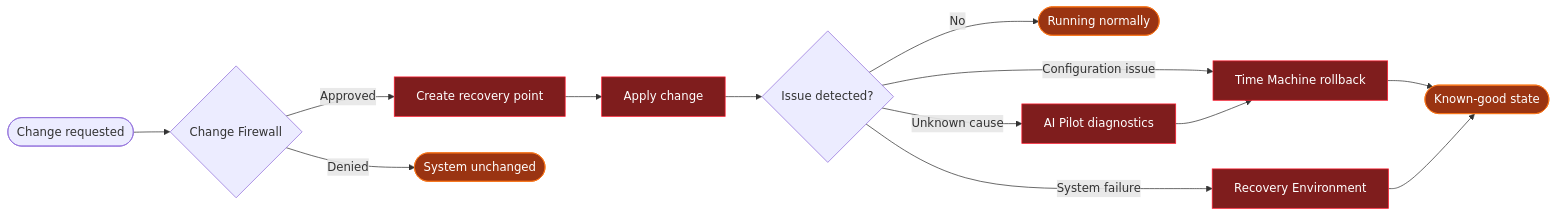
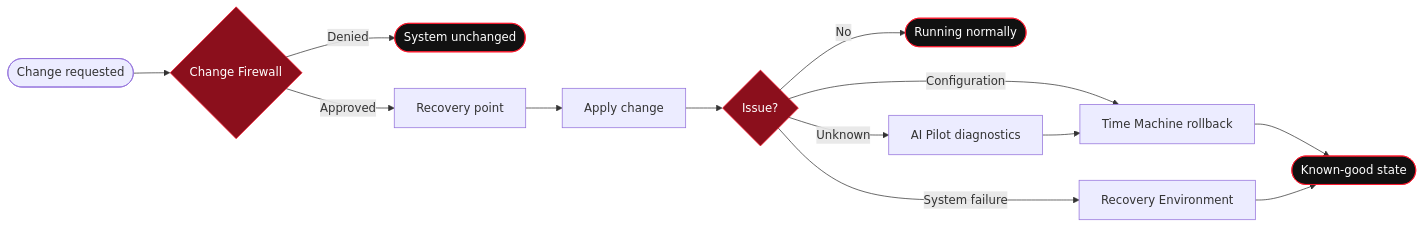
The diagram in README.md (HeldoOS/Heldo-Linux-OS), drawn with Mermaid before and after one commit. The commit also changed other lines of this file, not shown here.

````diff
--- a/README.md
+++ b/README.md
@@ -101,20 +77,17 @@
 ```mermaid
 flowchart LR
     A([Change requested]) --> B{Change Firewall}
-    B -- Approved --> C[Create recovery point]
     B -- Denied --> D([System unchanged])
-    C --> E[Apply change]
-    E --> F{Issue detected?}
+    B -- Approved --> C[Recovery point] --> E[Apply change] --> F{Issue?}
     F -- No --> G([Running normally])
-    F -- Configuration issue --> H[Time Machine rollback]
+    F -- Configuration --> H[Time Machine rollback]
     F -- System failure --> I[Recovery Environment]
-    F -- Unknown cause --> J[AI Pilot diagnostics]
-    J --> H
+    F -- Unknown --> J[AI Pilot diagnostics] --> H
     H --> K([Known-good state])
     I --> K
 
-    classDef ok fill:#9a3412,stroke:#f97316,color:#fff
-    classDef step fill:#7f1d1d,stroke:#ff1a2e,color:#fff
-    class G,K,D ok
-    class C,E,H,I,J step
+    classDef core fill:#8b0f1c,stroke:#ff1a2e,color:#fff
+    classDef end_ fill:#111,stroke:#ff1a2e,color:#fff
+    class B,F core
+    class D,G,K end_
 ```
````
